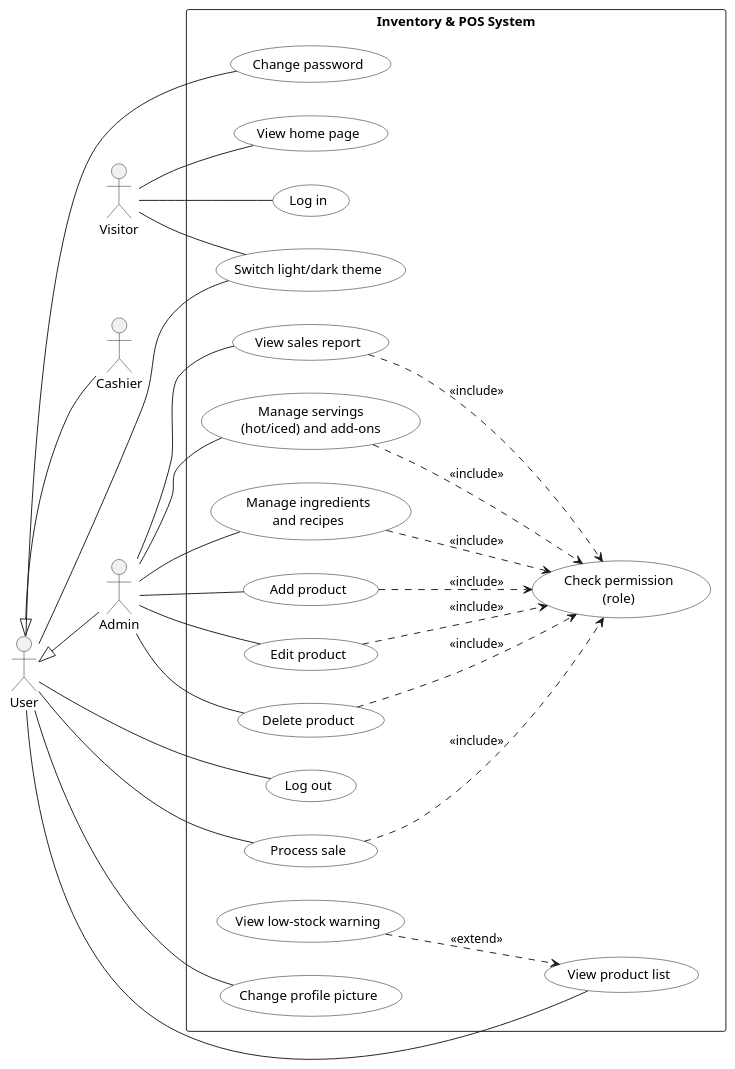
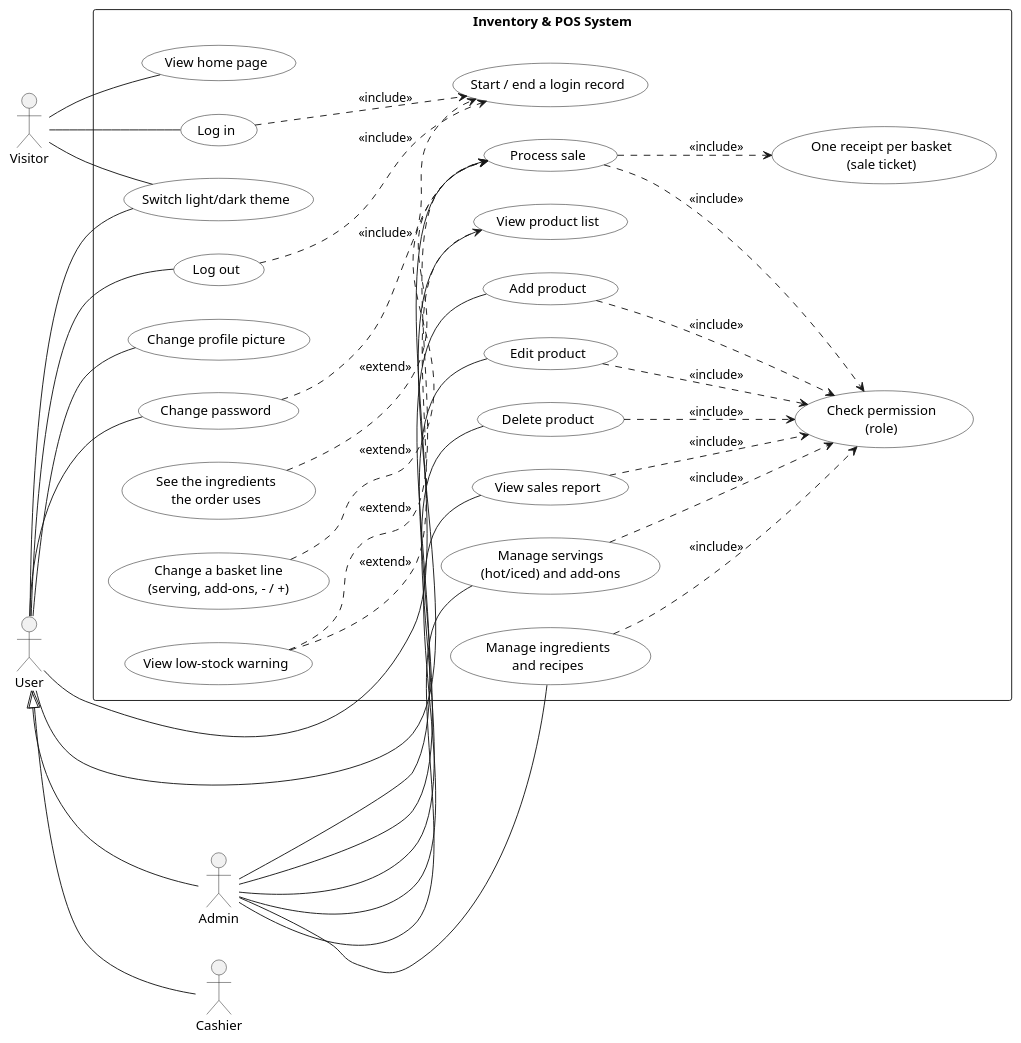
Before and after one commit to JmlAsync/inventory-pos-system: the diagram in diagrams/use_case_diagram.puml, drawn with PlantUML. The commit also changed 79 other files, not shown here.

First line of the commit message:
Docs: diagrams redrawn for v0.20.4

```diff
--- a/diagrams/use_case_diagram.puml
+++ b/diagrams/use_case_diagram.puml
@@ -1,68 +1,79 @@
 @startuml
-' Use case diagram - Inventory & POS System (v0.17.2: all use cases built)
+' Use case diagram - Inventory & POS System (v0.20.4, redrawn 2026-10-12: all use cases built)
 ' Paste into draw.io (Arrange > Insert > Advanced > PlantUML) or planttext.com
 ' Lines starting with an apostrophe are comments and are not drawn.
 
 left to right direction
 skinparam packageStyle rectangle
 skinparam usecase {
   BackgroundColor White
   BorderColor Black
 }
 
 actor Visitor
 actor User
 actor Admin
 actor Cashier
 
 ' Generalization: Admin and Cashier are kinds of User
 User <|-- Admin
 User <|-- Cashier
 
 rectangle "Inventory & POS System" {
   usecase "View home page" as UC01
   usecase "Log in" as UC02
   usecase "Log out" as UC03
   usecase "View product list" as UC04
   usecase "Add product" as UC05
   usecase "Edit product" as UC06
   usecase "Delete product" as UC07
   usecase "Check permission\n(role)" as CHK
   usecase "Process sale" as UC08
   usecase "View low-stock warning" as UC09
   usecase "View sales report" as UC10
   usecase "Change profile picture" as UC11
   usecase "Switch light/dark theme" as UC12
   usecase "Change password" as UC13
   usecase "Manage servings\n(hot/iced) and add-ons" as UC14
   usecase "Manage ingredients\nand recipes" as UC15
+  usecase "Change a basket line\n(serving, add-ons, - / +)" as EXT1
+  usecase "See the ingredients\nthe order uses" as EXT2
+  usecase "One receipt per basket\n(sale ticket)" as INC1
+  usecase "Start / end a login record" as INC2
 }
 
 Visitor -- UC01
 Visitor -- UC02
 Visitor -- UC12
 
 User -- UC03
 User -- UC04
 User -- UC08
 User -- UC11
 User -- UC12
 User -- UC13
 
 Admin -- UC05
 Admin -- UC06
 Admin -- UC07
 Admin -- UC10
 Admin -- UC14
 Admin -- UC15
 
 UC05 ..> CHK : <<include>>
 UC06 ..> CHK : <<include>>
 UC07 ..> CHK : <<include>>
 UC08 ..> CHK : <<include>>
 UC10 ..> CHK : <<include>>
 UC14 ..> CHK : <<include>>
 UC15 ..> CHK : <<include>>
 
 UC09 ..> UC04 : <<extend>>
+UC09 ..> UC08 : <<extend>>
+EXT1 ..> UC08 : <<extend>>
+EXT2 ..> UC08 : <<extend>>
+UC08 ..> INC1 : <<include>>
+UC02 ..> INC2 : <<include>>
+UC03 ..> INC2 : <<include>>
+UC13 ..> INC2 : <<include>>
 @enduml
```
